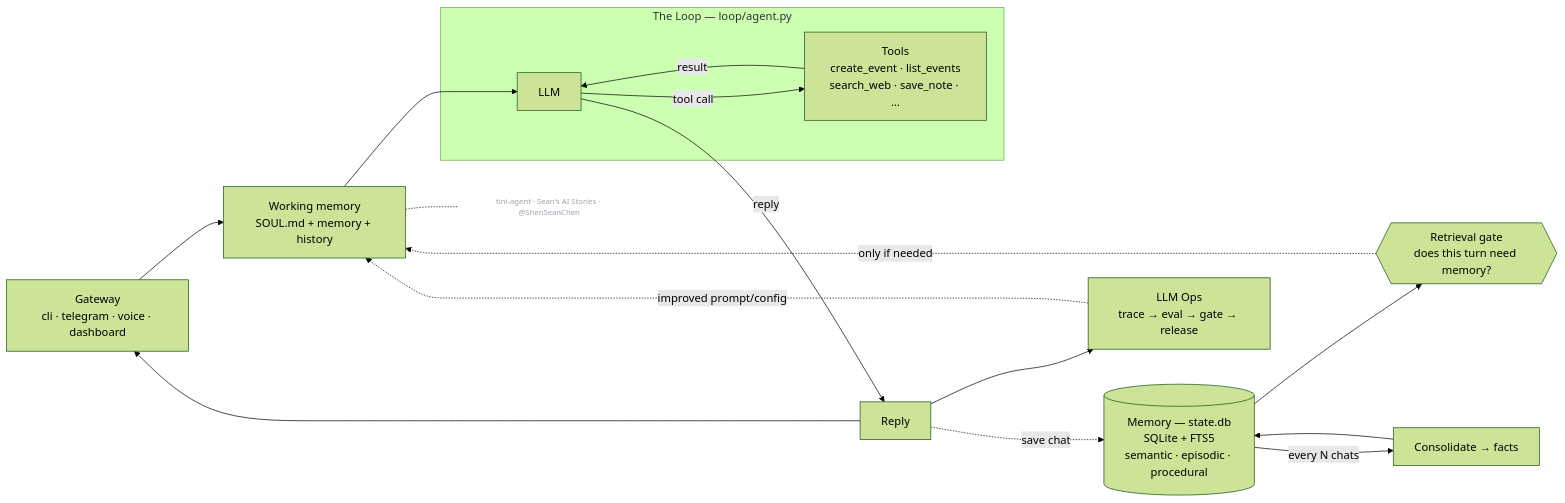
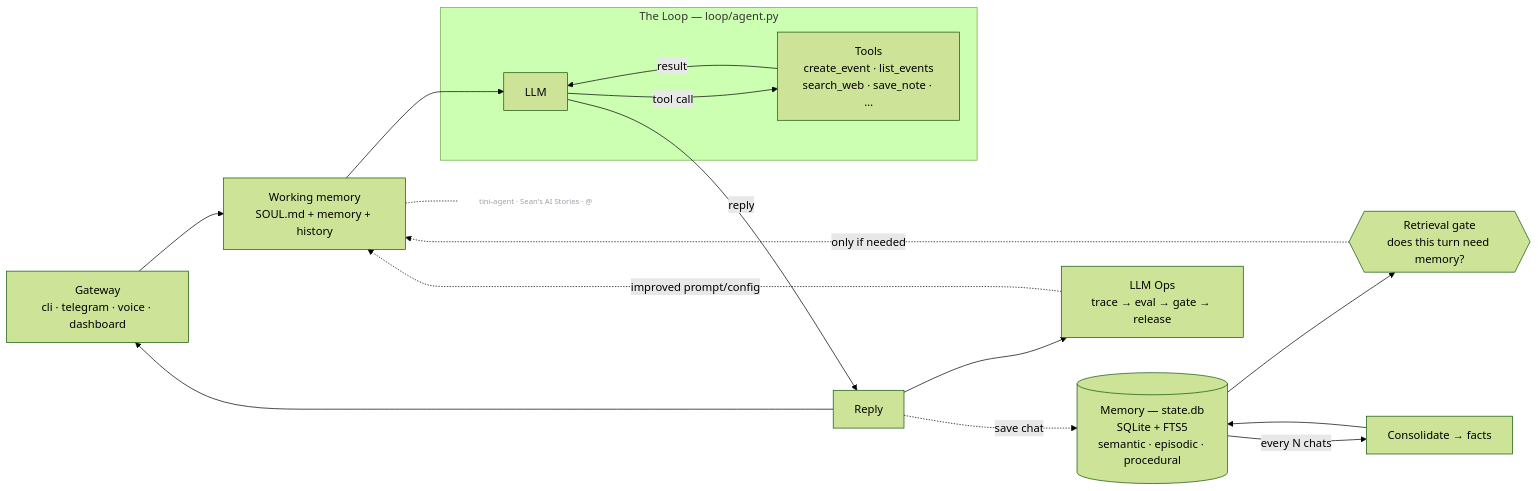
The first of 2 diagrams in README.md (tini-coder/tini-agent), drawn with Mermaid (forest theme) before and after one commit. The commit also changed other lines of this file, not shown here.

````diff
--- a/README.md
+++ b/README.md
@@ -148,18 +144,18 @@
 ```mermaid
 flowchart LR
   GW["Gateway<br/>cli · telegram · voice · dashboard"] --> WM["Working memory<br/>SOUL.md + memory + history"]
   WM --> LLM
   subgraph LOOP["The Loop — loop/agent.py"]
     LLM["LLM"] -->|tool call| TOOLS["Tools<br/>create_event · list_events<br/>search_web · save_note · …"]
     TOOLS -->|result| LLM
   end
   LLM -->|reply| REPLY["Reply"] --> GW
   GATE{{"Retrieval gate<br/>does this turn need memory?"}} -. only if needed .-> WM
   MEM[("Memory — state.db<br/>SQLite + FTS5<br/>semantic · episodic · procedural")] --> GATE
   REPLY -. save chat .-> MEM
   MEM -->|every N chats| CONS["Consolidate → facts"] --> MEM
   REPLY --> OPS["LLM Ops<br/>trace → eval → gate → release"]
   OPS -. improved prompt/config .-> WM
-  WM -.- WATERMARK["tini-agent · Sean's AI Stories · @ShenSeanChen"]:::wm
+  WM -.- WATERMARK["tini-agent · Sean's AI Stories · @"]:::wm
   classDef wm fill:none,stroke:none,color:#9aa0aa,font-size:11px;
 ```
````
